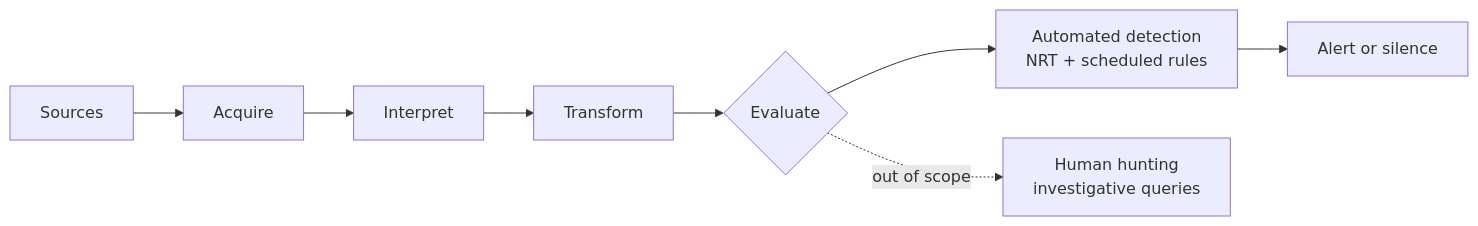
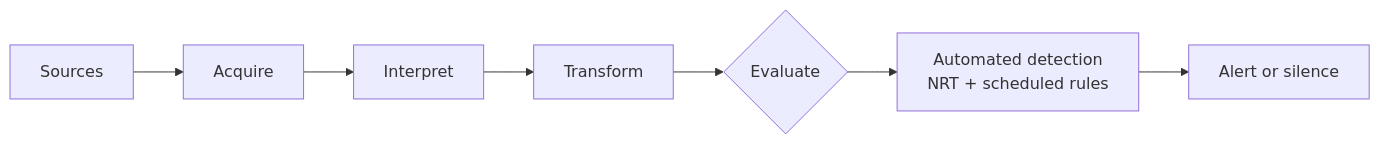
Before and after one commit to zbalkan/zbalkan.github.io: the second of 3 diagrams in _posts/2026-07-24-silence.md, drawn with Mermaid. The commit also changed other lines of this file, not shown here.

````diff
--- a/_posts/2026-07-24-silence.md
+++ b/_posts/2026-07-24-silence.md
@@ -62,10 +60,9 @@
 ```mermaid
 flowchart LR
     A[Sources] --> B[Acquire]
     B --> C[Interpret]
     C --> D[Transform]
     D --> E{Evaluate}
     E --> F[Automated detection<br/>NRT + scheduled rules]
-    E -.->|out of scope| G[Human hunting<br/>investigative queries]
     F --> H[Alert or silence]
 ```
````
